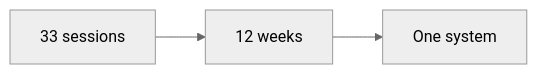
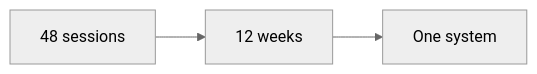
Before and after one commit to redrhino-online/red-canon: the first of 3 diagrams in internal/corpus-map.md, drawn with Mermaid (neutral theme). The commit also changed other lines of this file and 8 other files, not shown here.

````diff
--- a/internal/corpus-map.md
+++ b/internal/corpus-map.md
@@ -13,5 +15,5 @@
 ```mermaid
 flowchart LR
-    A[33 sessions] --> B[12 weeks]
+    A[48 sessions] --> B[12 weeks]
     B --> C[One system]
 ```
````
